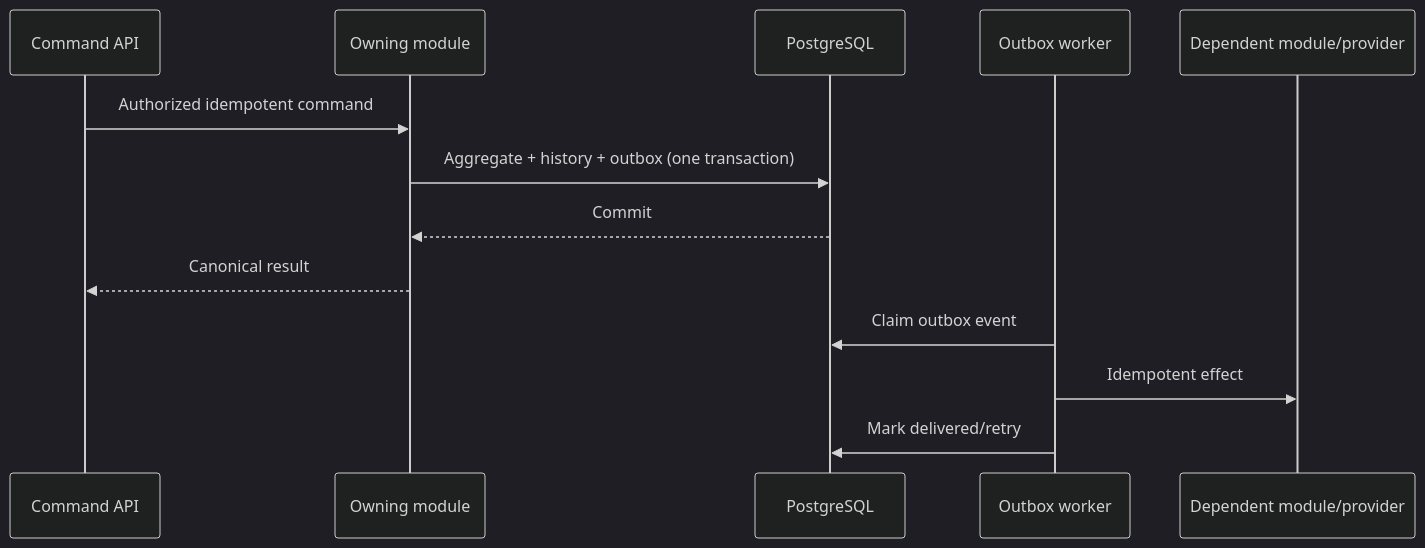
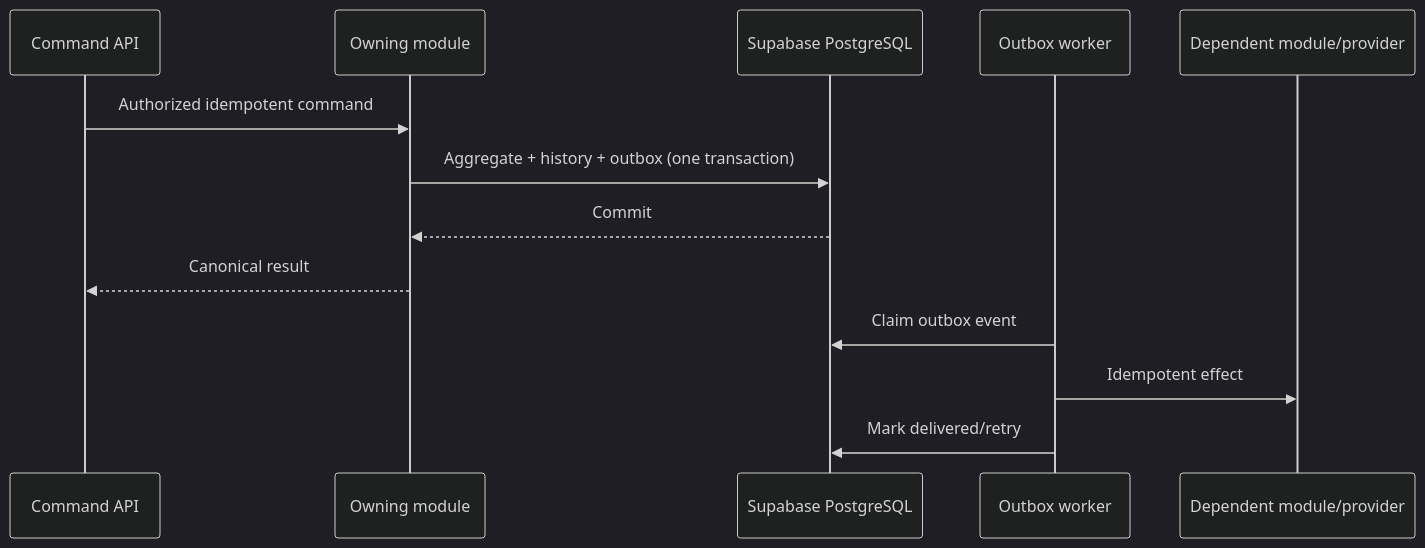
One commit to thrinnadhh/Mypetnew changed the third of 4 diagrams in docs/architecture/SYSTEM_CONTEXT.md. Above: the diagram before and after it, drawn with Mermaid (dark theme). The commit also changed other lines of this file, not shown here.

Commit message:
docs: add Supabase and Firebase notification contracts (docs/architecture/SYSTEM_CONTEXT.md)

````diff
--- a/docs/architecture/SYSTEM_CONTEXT.md
+++ b/docs/architecture/SYSTEM_CONTEXT.md
@@ -87,16 +93,16 @@
 ```mermaid
 sequenceDiagram
     participant API as Command API
     participant Domain as Owning module
-    participant DB as PostgreSQL
+    participant DB as Supabase PostgreSQL
     participant Worker as Outbox worker
     participant Side as Dependent module/provider
 
     API->>Domain: Authorized idempotent command
     Domain->>DB: Aggregate + history + outbox (one transaction)
     DB-->>Domain: Commit
     Domain-->>API: Canonical result
     Worker->>DB: Claim outbox event
     Worker->>Side: Idempotent effect
     Worker->>DB: Mark delivered/retry
 ```
````
